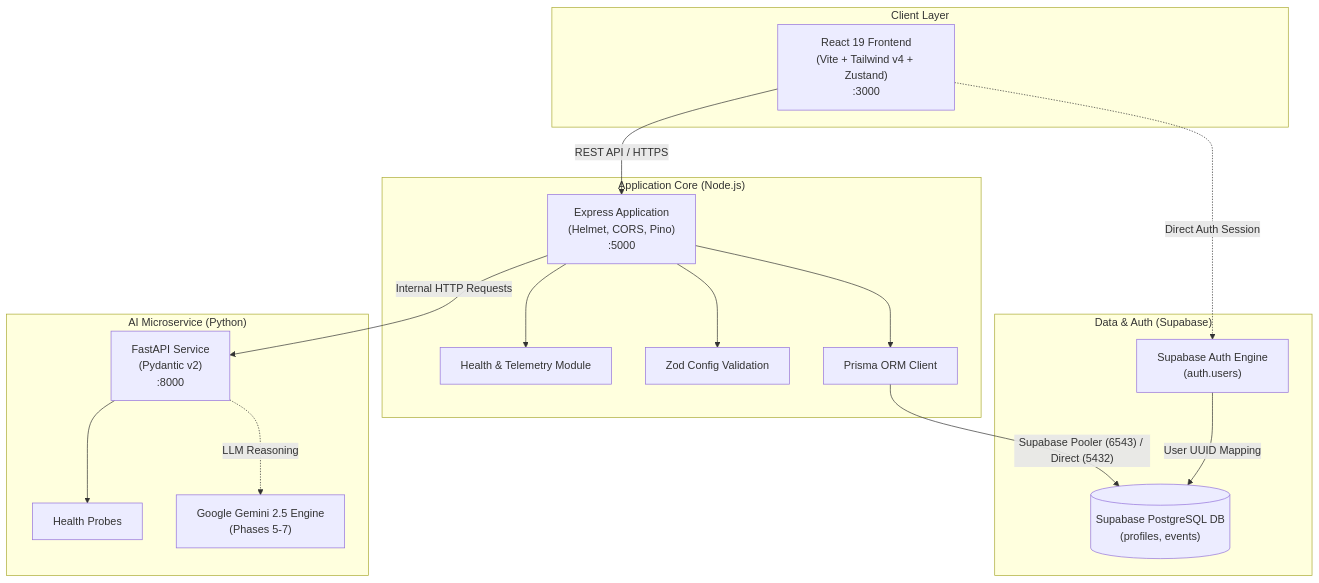
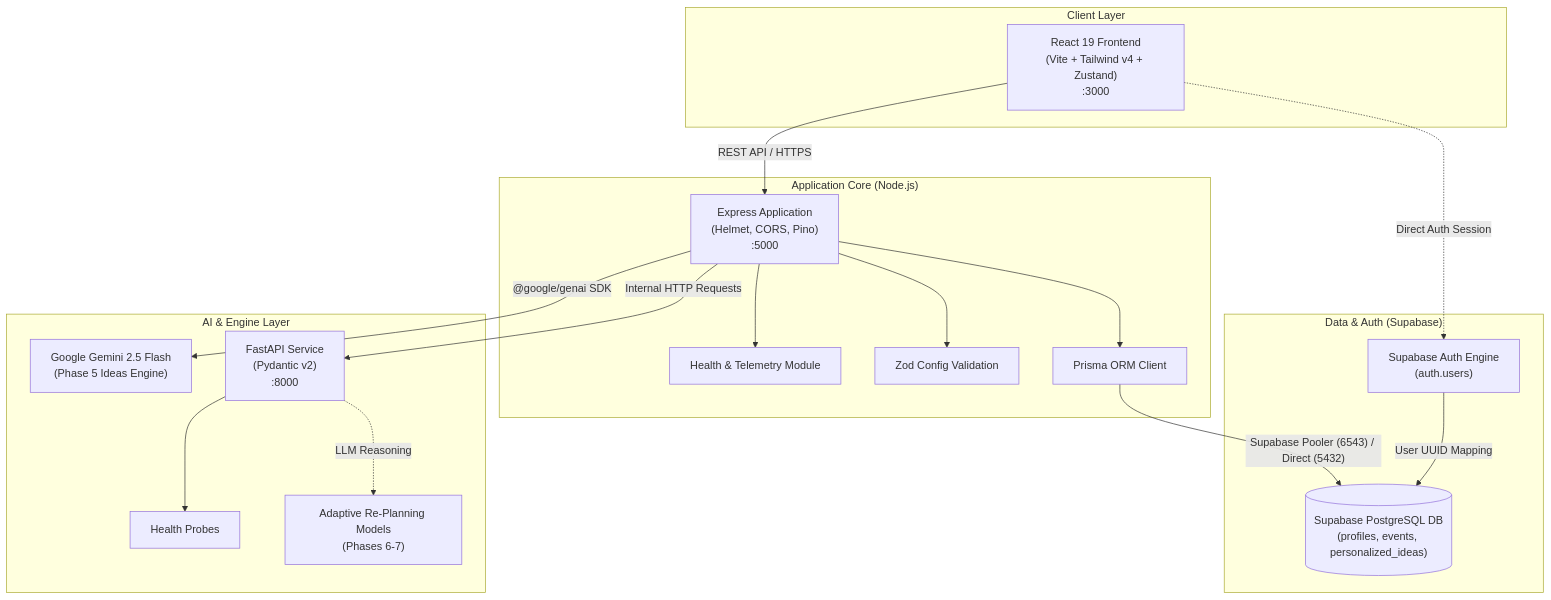
One commit to ZEESHAN0603/PromptWar changed the diagram in docs/PROJECT_ARCHITECTURE.md. Above: the diagram before and after it, drawn with Mermaid. The commit also changed 28 other files, not shown here.

Commit message:
Phase 5 Completed -- Personalized Ideas AI (Gemini Integration)

````diff
--- a/docs/PROJECT_ARCHITECTURE.md
+++ b/docs/PROJECT_ARCHITECTURE.md
@@ -17,38 +17,40 @@
 ```mermaid
 flowchart TD
     subgraph ClientLayer ["Client Layer"]
         WebClient["React 19 Frontend\n(Vite + Tailwind v4 + Zustand)\n:3000"]
     end
 
     subgraph BackendLayer ["Application Core (Node.js)"]
         APIGateway["Express Application\n(Helmet, CORS, Pino)\n:5000"]
         HealthModule["Health & Telemetry Module"]
         ConfigEnv["Zod Config Validation"]
         PrismaORM["Prisma ORM Client"]
     end
 
     subgraph DataLayer ["Data & Auth (Supabase)"]
         SupaAuth["Supabase Auth Engine\n(auth.users)"]
-        PostgresDB[("Supabase PostgreSQL DB\n(profiles, events)")]
+        PostgresDB[("Supabase PostgreSQL DB\n(profiles, events, personalized_ideas)")]
     end
 
-    subgraph AILayer ["AI Microservice (Python)"]
+    subgraph AILayer ["AI & Engine Layer"]
+        GeminiEngine["Google Gemini 2.5 Flash\n(Phase 5 Ideas Engine)"]
         FastAPIApp["FastAPI Service\n(Pydantic v2)\n:8000"]
         AIHealth["Health Probes"]
-        FutureGemini["Google Gemini 2.5 Engine\n(Phases 5-7)"]
+        FutureGemini["Adaptive Re-Planning Models\n(Phases 6-7)"]
     end
 
     WebClient -->|"REST API / HTTPS"| APIGateway
     WebClient -.->|"Direct Auth Session"| SupaAuth
 
     APIGateway --> HealthModule
     APIGateway --> ConfigEnv
     APIGateway --> PrismaORM
 
     PrismaORM -->|"Supabase Pooler (6543) / Direct (5432)"| PostgresDB
     SupaAuth -->|"User UUID Mapping"| PostgresDB
 
+    APIGateway -->|"@google/genai SDK"| GeminiEngine
     APIGateway -->|"Internal HTTP Requests"| FastAPIApp
     FastAPIApp --> AIHealth
     FastAPIApp -.->|"LLM Reasoning"| FutureGemini
 ```
````
